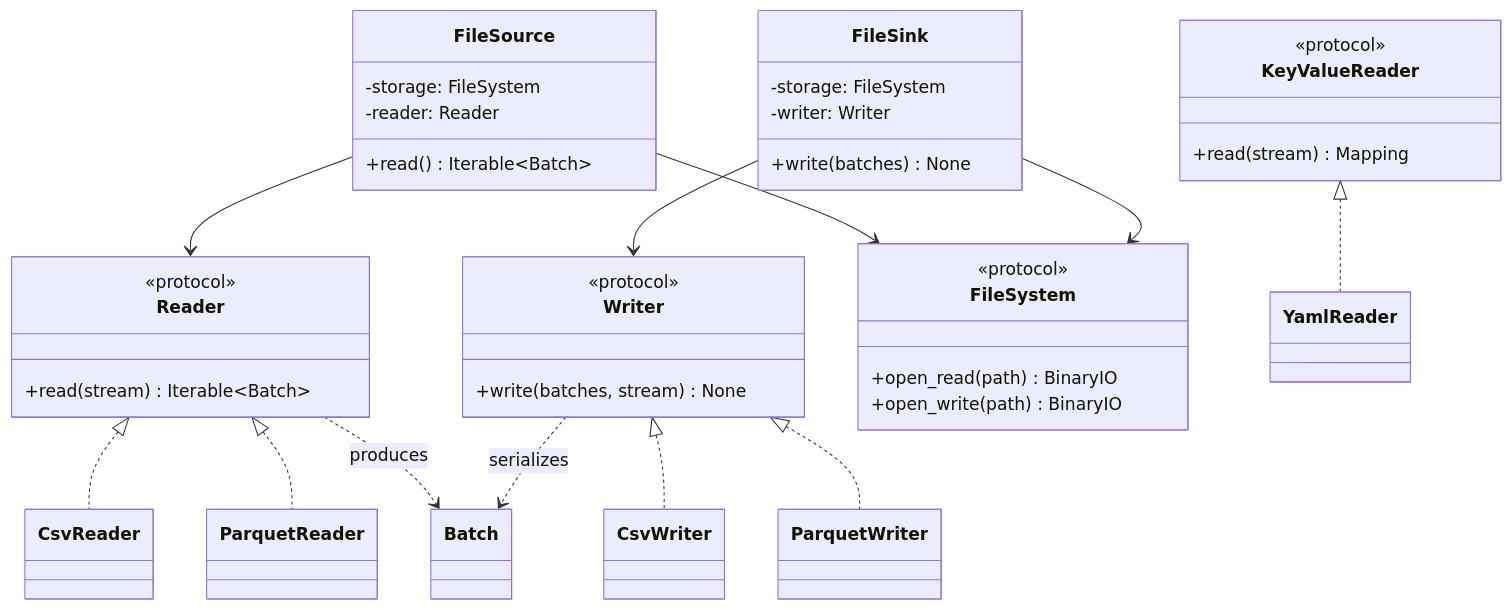
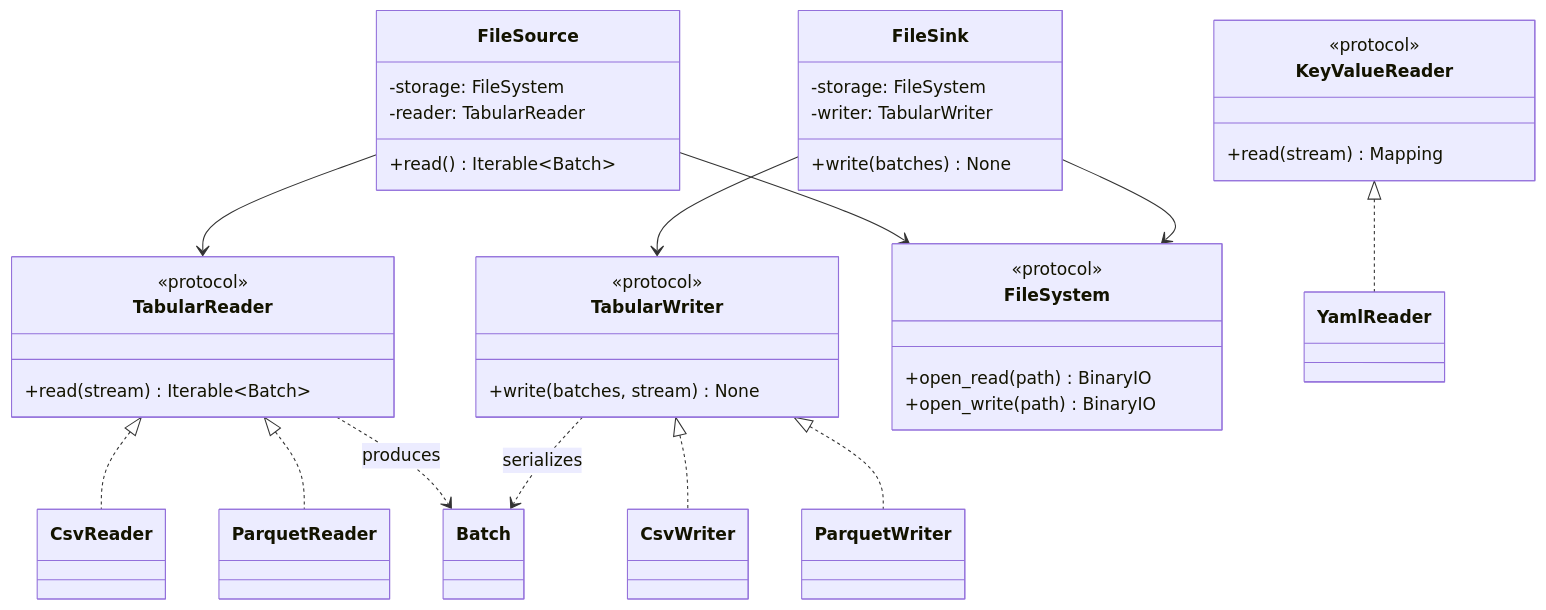
The third of 3 diagrams in docs/architecture/reader_and_writer.md (apaquette/ETLRelay), drawn with Mermaid before and after one commit. The commit also changed other lines of this file and 20 other files, not shown here.

````diff
--- a/docs/architecture/reader_and_writer.md
+++ b/docs/architecture/reader_and_writer.md
@@ -159,50 +159,50 @@
 ```mermaid
 classDiagram
     direction TB
 
-    class Reader {
+    class TabularReader {
         <<protocol>>
         +read(stream) Iterable~Batch~
     }
-    class Writer {
+    class TabularWriter {
         <<protocol>>
         +write(batches, stream) None
     }
     class CsvReader
     class ParquetReader
     class CsvWriter
     class ParquetWriter
     class Batch
     class FileSystem {
         <<protocol>>
         +open_read(path) BinaryIO
         +open_write(path) BinaryIO
     }
     class FileSource {
         -storage: FileSystem
-        -reader: Reader
+        -reader: TabularReader
         +read() Iterable~Batch~
     }
     class FileSink {
         -storage: FileSystem
-        -writer: Writer
+        -writer: TabularWriter
         +write(batches) None
     }
     class KeyValueReader {
         <<protocol>>
         +read(stream) Mapping
     }
     class YamlReader
 
-    Reader <|.. CsvReader
-    Reader <|.. ParquetReader
-    Writer <|.. CsvWriter
-    Writer <|.. ParquetWriter
+    TabularReader <|.. CsvReader
+    TabularReader <|.. ParquetReader
+    TabularWriter <|.. CsvWriter
+    TabularWriter <|.. ParquetWriter
     KeyValueReader <|.. YamlReader
     FileSource --> FileSystem
-    FileSource --> Reader
+    FileSource --> TabularReader
     FileSink --> FileSystem
-    FileSink --> Writer
-    Reader ..> Batch : produces
-    Writer ..> Batch : serializes
+    FileSink --> TabularWriter
+    TabularReader ..> Batch : produces
+    TabularWriter ..> Batch : serializes
 ```
````
